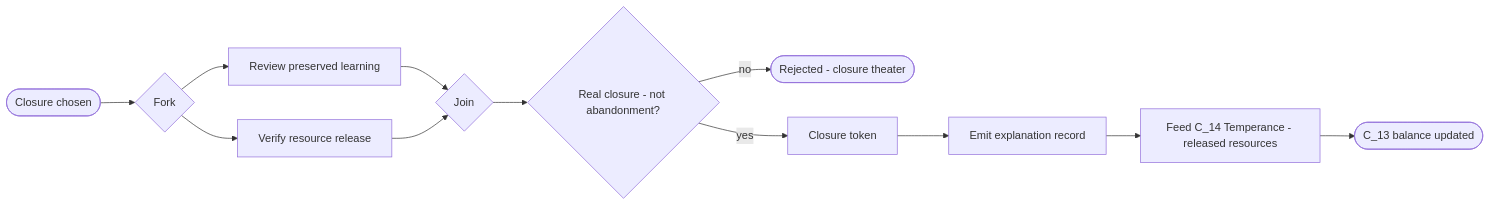
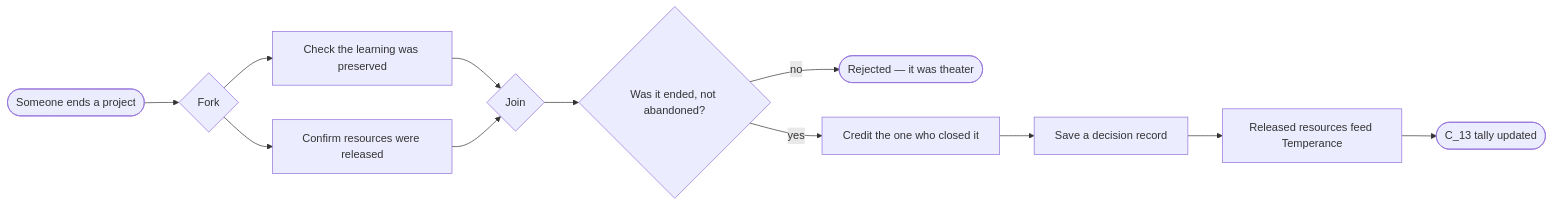
Before and after one commit to vijayee/resonantdao-example: diagram 16 of 24 in docs/contribution-economy/README.md, drawn with Mermaid. The commit also changed other lines of this file, not shown here.

````diff
--- a/docs/contribution-economy/README.md
+++ b/docs/contribution-economy/README.md
@@ -266,11 +263,11 @@
 ```mermaid
 flowchart LR
-  S([Closure chosen]) --> F1{Fork}
-  F1 --> PL[Review preserved learning]
-  F1 --> RR[Verify resource release]
+  S([Someone ends a project]) --> F1{Fork}
+  F1 --> PL[Check the learning was preserved]
+  F1 --> RR[Confirm resources were released]
   PL --> F2{Join}
   RR --> F2
-  F2 --> G{Real closure - not abandonment?}
-  G -->|no| E1([Rejected - closure theater])
-  G -->|yes| T[Closure token] --> RC[Emit explanation record] --> F14[Feed C_14 Temperance - released resources] --> E2([C_13 balance updated])
+  F2 --> G{Was it ended, not abandoned?}
+  G -->|no| E1([Rejected — it was theater])
+  G -->|yes| T[Credit the one who closed it] --> RC[Save a decision record] --> F14[Released resources feed Temperance] --> E2([C_13 tally updated])
 ```
````
